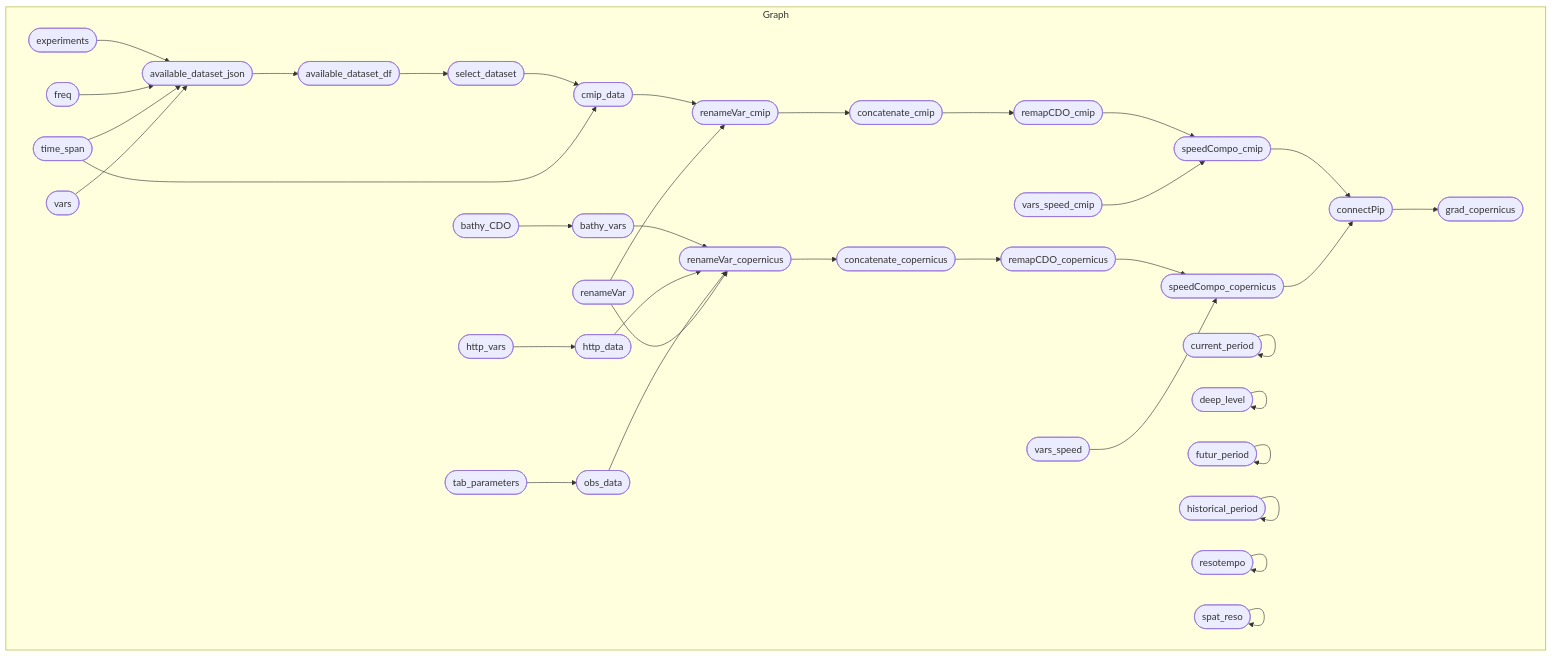
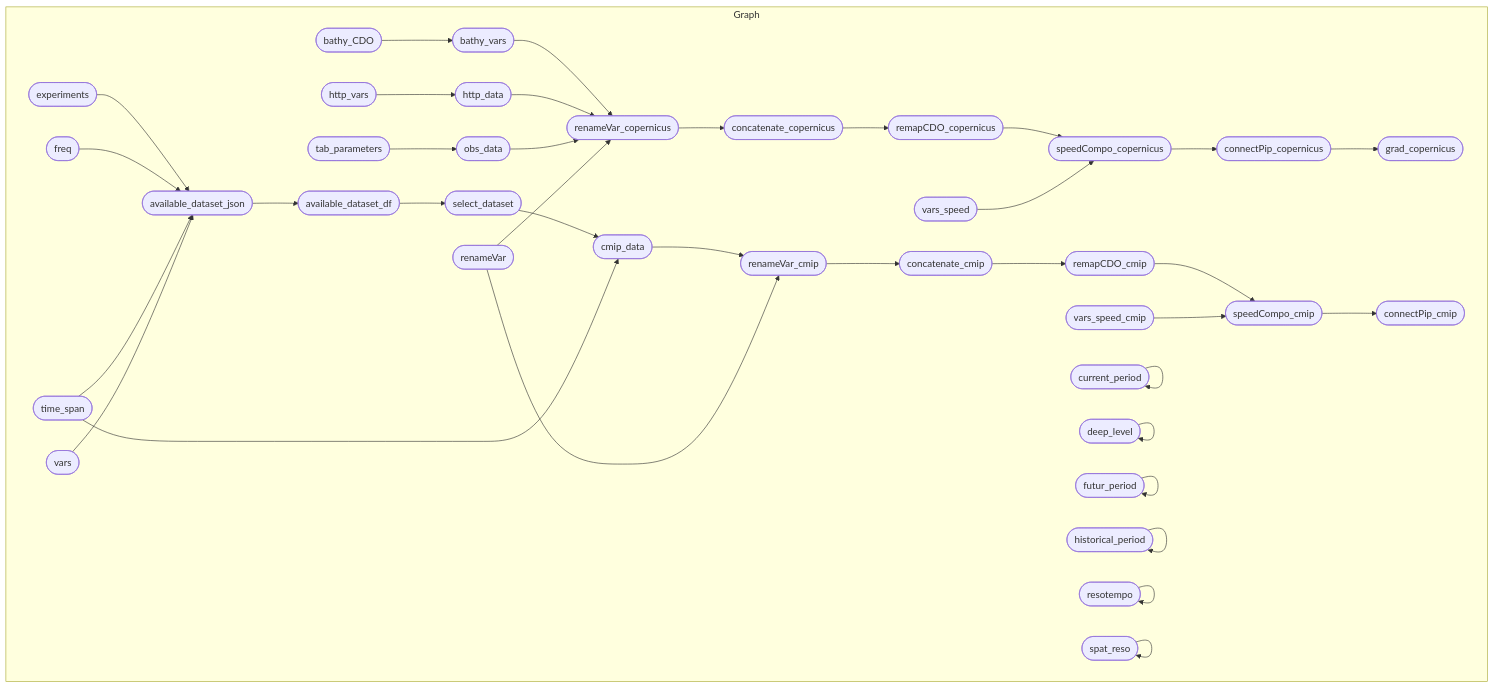
One commit to r-fernandezz/downshape changed the diagram in README.md. Above: the diagram before and after it, drawn with Mermaid. The commit also changed other lines of this file and 4 other files, not shown here.

````diff
--- a/README.md
+++ b/README.md
@@ -22,40 +25,40 @@
 ``` mermaid
 graph LR
   subgraph Graph
     direction LR
+    x4fe875b2492d0106(["concatenate_cmip"]):::outdated --> xf4b49e2ba07661b1(["remapCDO_cmip"]):::started
+    xf5c6fd225c377a3d(["bathy_CDO"]):::uptodate --> xb5817e1daca13dcc(["bathy_vars"]):::outdated
+    xd2707862cf793d3a(["connectPip_copernicus"]):::outdated --> x37179b61a203cbd3(["grad_copernicus"]):::outdated
+    x3f5ab24ee8d242b4(["select_dataset"]):::uptodate --> xd8e5f2013a341013(["cmip_data"]):::outdated
+    x2c0118dd07b06ac8(["time_span"]):::uptodate --> xd8e5f2013a341013(["cmip_data"]):::outdated
+    xe5de19f3be59da20(["speedCompo_cmip"]):::outdated --> x33f1355322bf894f(["connectPip_cmip"]):::outdated
+    x0262297569c18022(["renameVar_cmip"]):::outdated --> x4fe875b2492d0106(["concatenate_cmip"]):::outdated
+    xfc6ed28680e5db72(["speedCompo_copernicus"]):::outdated --> xd2707862cf793d3a(["connectPip_copernicus"]):::outdated
     xe44467b2b079fc18(["renameVar_copernicus"]):::outdated --> x9289bfb53112cf3b(["concatenate_copernicus"]):::outdated
-    xd8e5f2013a341013(["cmip_data"]):::started --> x0262297569c18022(["renameVar_cmip"]):::outdated
+    xe895740a9b7896f7(["available_dataset_df"]):::uptodate --> x3f5ab24ee8d242b4(["select_dataset"]):::uptodate
+    xac02e5e58926353b(["experiments"]):::uptodate --> x6fcf9b0e7fc429ff(["available_dataset_json"]):::uptodate
+    x906e78a8df9f52cb(["freq"]):::uptodate --> x6fcf9b0e7fc429ff(["available_dataset_json"]):::uptodate
+    x2c0118dd07b06ac8(["time_span"]):::uptodate --> x6fcf9b0e7fc429ff(["available_dataset_json"]):::uptodate
+    x8f15ec77b8dbd81a(["vars"]):::uptodate --> x6fcf9b0e7fc429ff(["available_dataset_json"]):::uptodate
+    x4301c707c2ab0cdc(["tab_parameters"]):::outdated --> xd7bca5ba4e5f539d(["obs_data"]):::outdated
+    xd8e5f2013a341013(["cmip_data"]):::outdated --> x0262297569c18022(["renameVar_cmip"]):::outdated
     xd15c82dcb79a7c2e(["renameVar"]):::uptodate --> x0262297569c18022(["renameVar_cmip"]):::outdated
-    x4fe875b2492d0106(["concatenate_cmip"]):::outdated --> xf4b49e2ba07661b1(["remapCDO_cmip"]):::outdated
-    xcdaf411f7aa1a87d(["connectPip"]):::outdated --> x37179b61a203cbd3(["grad_copernicus"]):::outdated
-    xf5c6fd225c377a3d(["bathy_CDO"]):::uptodate --> xb5817e1daca13dcc(["bathy_vars"]):::outdated
-    x4301c707c2ab0cdc(["tab_parameters"]):::uptodate --> xd7bca5ba4e5f539d(["obs_data"]):::outdated
-    x9289bfb53112cf3b(["concatenate_copernicus"]):::outdated --> xec6283d15a25ed08(["remapCDO_copernicus"]):::outdated
-    x71e926299248ce3f(["http_vars"]):::uptodate --> x35b468daf9281b76(["http_data"]):::outdated
-    xac02e5e58926353b(["experiments"]):::uptodate --> x6fcf9b0e7fc429ff(["available_dataset_json"]):::outdated
-    x906e78a8df9f52cb(["freq"]):::uptodate --> x6fcf9b0e7fc429ff(["available_dataset_json"]):::outdated
-    x2c0118dd07b06ac8(["time_span"]):::uptodate --> x6fcf9b0e7fc429ff(["available_dataset_json"]):::outdated
-    x8f15ec77b8dbd81a(["vars"]):::outdated --> x6fcf9b0e7fc429ff(["available_dataset_json"]):::outdated
-    xf4b49e2ba07661b1(["remapCDO_cmip"]):::outdated --> xe5de19f3be59da20(["speedCompo_cmip"]):::outdated
-    x7a197bdf5f12681a(["vars_speed_cmip"]):::uptodate --> xe5de19f3be59da20(["speedCompo_cmip"]):::outdated
-    x3f5ab24ee8d242b4(["select_dataset"]):::outdated --> xd8e5f2013a341013(["cmip_data"]):::started
-    x2c0118dd07b06ac8(["time_span"]):::uptodate --> xd8e5f2013a341013(["cmip_data"]):::started
     xec6283d15a25ed08(["remapCDO_copernicus"]):::outdated --> xfc6ed28680e5db72(["speedCompo_copernicus"]):::outdated
     xca459201a27e8460(["vars_speed"]):::uptodate --> xfc6ed28680e5db72(["speedCompo_copernicus"]):::outdated
+    x71e926299248ce3f(["http_vars"]):::uptodate --> x35b468daf9281b76(["http_data"]):::outdated
+    x9289bfb53112cf3b(["concatenate_copernicus"]):::outdated --> xec6283d15a25ed08(["remapCDO_copernicus"]):::outdated
     xb5817e1daca13dcc(["bathy_vars"]):::outdated --> xe44467b2b079fc18(["renameVar_copernicus"]):::outdated
     x35b468daf9281b76(["http_data"]):::outdated --> xe44467b2b079fc18(["renameVar_copernicus"]):::outdated
     xd7bca5ba4e5f539d(["obs_data"]):::outdated --> xe44467b2b079fc18(["renameVar_copernicus"]):::outdated
     xd15c82dcb79a7c2e(["renameVar"]):::uptodate --> xe44467b2b079fc18(["renameVar_copernicus"]):::outdated
-    xe895740a9b7896f7(["available_dataset_df"]):::outdated --> x3f5ab24ee8d242b4(["select_dataset"]):::outdated
-    x0262297569c18022(["renameVar_cmip"]):::outdated --> x4fe875b2492d0106(["concatenate_cmip"]):::outdated
-    x6fcf9b0e7fc429ff(["available_dataset_json"]):::outdated --> xe895740a9b7896f7(["available_dataset_df"]):::outdated
-    xe5de19f3be59da20(["speedCompo_cmip"]):::outdated --> xcdaf411f7aa1a87d(["connectPip"]):::outdated
-    xfc6ed28680e5db72(["speedCompo_copernicus"]):::outdated --> xcdaf411f7aa1a87d(["connectPip"]):::outdated
+    x6fcf9b0e7fc429ff(["available_dataset_json"]):::uptodate --> xe895740a9b7896f7(["available_dataset_df"]):::uptodate
+    xf4b49e2ba07661b1(["remapCDO_cmip"]):::started --> xe5de19f3be59da20(["speedCompo_cmip"]):::outdated
+    x7a197bdf5f12681a(["vars_speed_cmip"]):::uptodate --> xe5de19f3be59da20(["speedCompo_cmip"]):::outdated
     x084994fb0e480676(["current_period"]):::uptodate --> x084994fb0e480676(["current_period"]):::uptodate
     x625f066a5f205ec8(["deep_level"]):::uptodate --> x625f066a5f205ec8(["deep_level"]):::uptodate
     xbce5cad1cf7e7103(["futur_period"]):::uptodate --> xbce5cad1cf7e7103(["futur_period"]):::uptodate
     x57dd1d5e854c11b6(["historical_period"]):::uptodate --> x57dd1d5e854c11b6(["historical_period"]):::uptodate
     x55a14a7f5821bbec(["resotempo"]):::uptodate --> x55a14a7f5821bbec(["resotempo"]):::uptodate
     xe73cbbcc20086ecd(["spat_reso"]):::uptodate --> xe73cbbcc20086ecd(["spat_reso"]):::uptodate
   end
 ```
````
